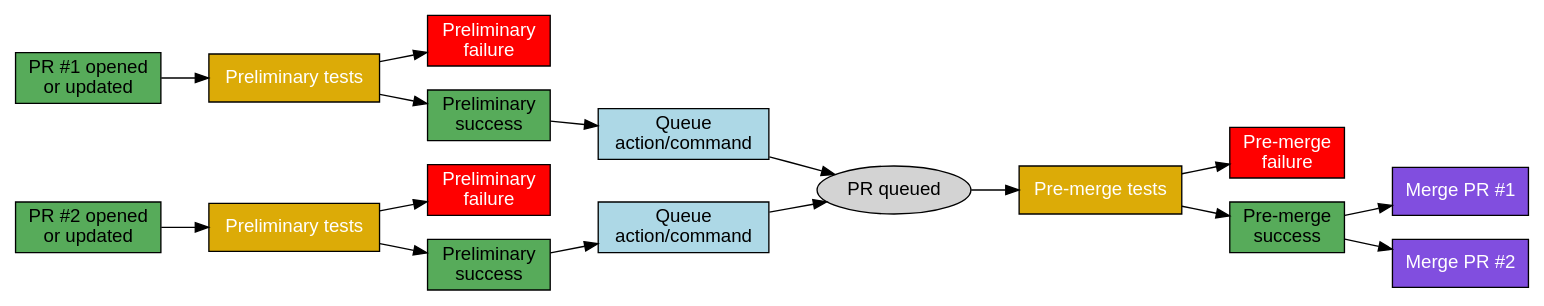
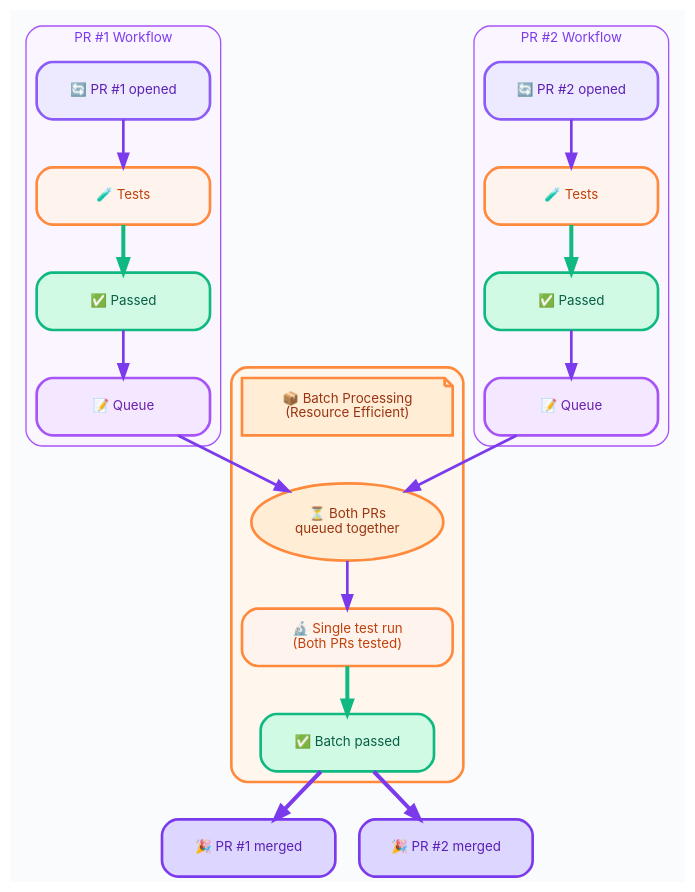
One commit to Mergifyio/docs changed the second of 2 diagrams in src/content/docs/merge-queue/two-step.mdx. Above: the diagram before and after it, drawn with Graphviz. The commit also changed other lines of this file, not shown here.

````diff
--- a/src/content/docs/merge-queue/two-step.mdx
+++ b/src/content/docs/merge-queue/two-step.mdx
@@ -70,54 +192,196 @@
 ```dot class="graph"
 strict digraph {
-    fontname="sans-serif";
-    rankdir="LR";
+    fontname="Inter, system-ui, sans-serif";
+    rankdir="TB";
+    bgcolor="#FAFBFC";
 
-    node [style=filled, shape=rect, fontcolor="black", fontname="sans-serif";];
-    edge [color="black", arrowhead=none, fontname="sans-serif", arrowhead=normal];
+    // Global styling
+    node [
+        style="filled,rounded",
+        shape=rect,
+        fontcolor="black",
+        fontname="Inter, system-ui, sans-serif",
+        fontsize=10,
+        margin=0.12,
+        penwidth=2,
+        width=1.8,
+        height=0.6
+    ];
 
-    open [label="PR #1 opened\nor updated", fillcolor="#57AB5A"];
-    open2 [label="PR #2 opened\nor updated", fillcolor="#57AB5A"];
+    edge [
+        color="#7C3AED",
+        arrowhead=normal,
+        fontname="Inter, system-ui, sans-serif",
+        fontsize=9,
+        penwidth=2
+    ];
 
-    queued [label="PR queued", shape=oval];
+    // Subgraph for PR #1 flow
+    subgraph cluster_pr1 {
+        style="rounded,filled";
+        fillcolor="#FAF5FF";
+        color="#A855F7";
+        penwidth=1;
+        label="PR #1 Workflow";
+        fontname="Inter, system-ui, sans-serif";
+        fontsize=10;
+        fontcolor="#7C3AED";
 
-    preliminary [label="Preliminary tests", fillcolor="#DCAB07", fontcolor="white"]
-    preliminary_fail [label="Preliminary\nfailure", fillcolor="red", fontcolor="white"]
-    preliminary_ok [label="Preliminary\nsuccess", fillcolor="#57AB5A"]
+        open1 [
+            label="🔄 PR #1 opened",
+            fillcolor="#EDE9FE",
+            color="#8B5CF6",
+            fontcolor="#5B21B6"
+        ];
 
-    preliminary2 [label="Preliminary tests", fillcolor="#DCAB07", fontcolor="white"]
-    preliminary_fail2 [label="Preliminary\nfailure", fillcolor="red", fontcolor="white"]
-    preliminary_ok2 [label="Preliminary\nsuccess", fillcolor="#57AB5A"]
+        preliminary1 [
+            label="🧪 Tests",
+            fillcolor="#FFF4ED",
+            color="#FF8A3D",
+            fontcolor="#C2410C"
+        ];
 
+        preliminary_ok1 [
+            label="✅ Passed",
+            fillcolor="#D1FAE5",
+            color="#10B981",
+            fontcolor="#065F46"
+        ];
 
-    premerge [label="Pre-merge tests", fillcolor="#DCAB07", fontcolor="white"]
-    premerge_fail [label="Pre-merge\nfailure", fillcolor="red", fontcolor="white"]
-    premerge_ok [label="Pre-merge\nsuccess", fillcolor="#57AB5A"]
+        queue_req1 [
+            label="📝 Queue",
+            fillcolor="#F3E8FF",
+            color="#A855F7",
+            fontcolor="#6B21A8"
+        ];
+    }
 
-    queue_req [label="Queue\naction/command", fillcolor="lightblue"]
-    queue_req2 [label="Queue\naction/command", fillcolor="lightblue"]
+    // Subgraph for PR #2 flow
+    subgraph cluster_pr2 {
+        style="rounded,filled";
+        fillcolor="#FAF5FF";
+        color="#A855F7";
+        penwidth=1;
+        label="PR #2 Workflow";
+        fontname="Inter, system-ui, sans-serif";
+        fontsize=10;
+        fontcolor="#7C3AED";
 
+        open2 [
+            label="🔄 PR #2 opened",
+            fillcolor="#EDE9FE",
+            color="#8B5CF6",
+            fontcolor="#5B21B6"
+        ];
 
-    merged [label="Merge PR #1", fillcolor="#814edf", fontcolor="white"]
-    merged2 [label="Merge PR #2", fillcolor="#814edf", fontcolor="white"]
+        preliminary2 [
+            label="🧪 Tests",
+            fillcolor="#FFF4ED",
+            color="#FF8A3D",
+            fontcolor="#C2410C"
+        ];
 
+        preliminary_ok2 [
+            label="✅ Passed",
+            fillcolor="#D1FAE5",
+            color="#10B981",
+            fontcolor="#065F46"
+        ];
 
-    open -> preliminary
-    preliminary -> preliminary_ok;
-    preliminary -> preliminary_fail;
-    preliminary_ok -> queue_req;
+        queue_req2 [
+            label="📝 Queue",
+            fillcolor="#F3E8FF",
+            color="#A855F7",
+            fontcolor="#6B21A8"
+        ];
+    }
 
-    open2 -> preliminary2
-    preliminary2 -> preliminary_ok2;
-    preliminary2 -> preliminary_fail2;
+    // Shared batch processing
+    subgraph cluster_batch {
+        style="rounded,filled";
+        fillcolor="#FFF7ED";
+        color="#FF8A3D";
+        penwidth=2;
+        label="";
+        fontname="Inter, system-ui, sans-serif";
+        fontsize=10;
+        fontcolor="#C2410C";
+
+        batch_title [
+            label="📦 Batch Processing\n(Resource Efficient)",
+            fillcolor="#FFEDD5",
+            color="#FF8A3D",
+            fontcolor="#9A3412",
+            shape=note,
+            width=2.2,
+            height=0.6
+        ];
+
+        queued [
+            label="⏳ Both PRs\nqueued together",
+            shape=ellipse,
+            fillcolor="#FFEDD5",
+            color="#FF8A3D",
+            fontcolor="#9A3412",
+            width=2,
+            height=0.8
+        ];
+
+        premerge [
+            label="🔬 Single test run\n(Both PRs tested)",
+            fillcolor="#FFF4ED",
+            color="#FF8A3D",
+            fontcolor="#C2410C",
+            width=2.2
+        ];
+
+        premerge_ok [
+            label="✅ Batch passed",
+            fillcolor="#D1FAE5",
+            color="#10B981",
+            fontcolor="#065F46"
+        ];
+
+        // Internal layout
+        batch_title -> queued [style=invis];
+    }
+
+    // Final merge results
+    merged1 [
+        label="🎉 PR #1 merged",
+        fillcolor="#DDD6FE",
+        color="#7C3AED",
+        fontcolor="#5B21B6"
+    ];
+
+    merged2 [
+        label="🎉 PR #2 merged",
+        fillcolor="#DDD6FE",
+        color="#7C3AED",
+        fontcolor="#5B21B6"
+    ];
+
+    // PR #1 flow
+    open1 -> preliminary1;
+    preliminary1 -> preliminary_ok1 [color="#10B981", penwidth=3];
+    preliminary_ok1 -> queue_req1;
+    queue_req1 -> queued;
+
+    // PR #2 flow
+    open2 -> preliminary2;
+    preliminary2 -> preliminary_ok2 [color="#10B981", penwidth=3];
     preliminary_ok2 -> queue_req2;
     queue_req2 -> queued;
 
-    queue_req -> queued;
+    // Batch processing
     queued -> premerge;
-    premerge -> premerge_ok;
-    premerge -> premerge_fail;
-    premerge_ok -> merged;
-    premerge_ok -> merged2;
+    premerge -> premerge_ok [color="#10B981", penwidth=3];
+
+    // Both PRs merge from single test success
+    premerge_ok -> merged1 [color="#7C3AED", penwidth=3];
+    premerge_ok -> merged2 [color="#7C3AED", penwidth=3];
+
+    // Alignment
+    {rank=same; merged1, merged2}
 }
-
 ```
````
